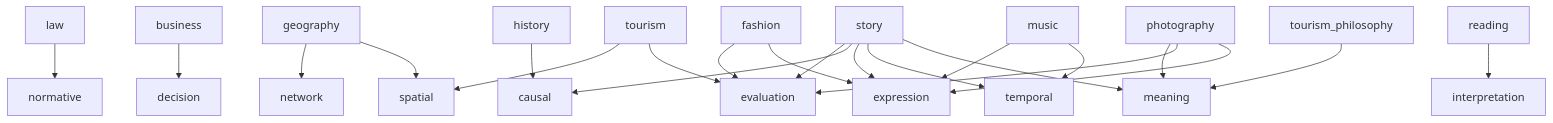
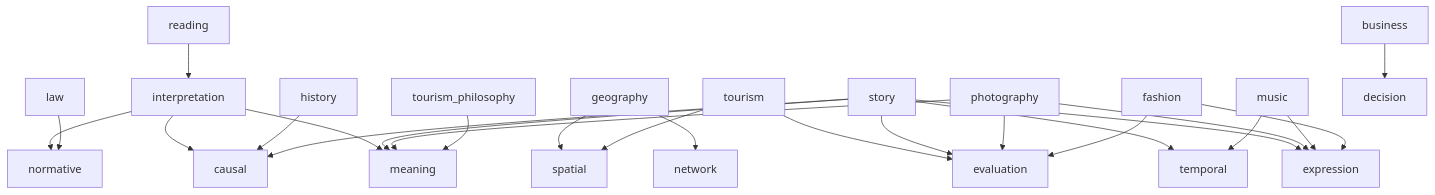
The second of 2 diagrams in 02_zettelkasten/21_domain/00 Domain Routing.md (aokicreativeoffice/AokiCreativeOfficeGTD), drawn with Mermaid before and after one commit. The commit also changed other lines of this file, not shown here.

````diff
--- a/02_zettelkasten/21_domain/00 Domain Routing.md
+++ b/02_zettelkasten/21_domain/00 Domain Routing.md
@@ -20,49 +20,74 @@
 ```mermaid
-flowchart TD
-
-L[law]
-NM[normative]
-H[history]
-CS[causal]
-B[business]
-DS[decision]
-G[geography]
-SP[spatial]
-NW[network]
-T[tourism]
-EL[evaluation]
-P[photography]
-SP[spatial]
-S[story]
-MN[meaning]
-TPL[temporal]
-EX[expression]
-R[reading]
-IP[interpretation]
-M[music]
-F[fashion]
-TP[tourism_philosophy]
-
-L --> NM
-H --> CS
-B --> DS
-G --> SP
-G --> NW
-T --> EL
-T --> SP
-S --> MN
-S --> TPL
-S --> EX
-S --> CS
-S --> EL
-R --> IP
-P --> EX
-P --> EL
-P --> MN
-M --> TPL
-M --> EX
-F --> EX
-F --> EL
+flowchart TD  
+  
+%% =========================  
+%% Domain  
+%% =========================  
+  
+L[law]  
+H[history]  
+B[business]  
+G[geography]  
+T[tourism]  
+S[story]  
+R[reading]  
+P[photography]  
+M[music]  
+F[fashion]  
+TP[tourism_philosophy]  
+  
+%% =========================  
+%% Engines  
+%% =========================  
+  
+IP[interpretation]  
+  
+NM[normative]  
+CS[causal]  
+DS[decision]  
+EL[evaluation]  
+MN[meaning]  
+  
+SP[spatial]  
+NW[network]  
+TPL[temporal]  
+EX[expression]  
+  
+%% =========================  
+%% Routing  
+%% =========================  
+  
+R --> IP  
+  
+IP --> NM  
+IP --> CS  
+IP --> MN  
+  
+L --> NM  
+H --> CS  
+B --> DS  
+  
+G --> SP  
+G --> NW  
+  
+T --> EL  
+T --> SP  
+  
+S --> MN  
+S --> TPL  
+S --> EX  
+S --> CS  
+S --> EL  
+  
+P --> EX  
+P --> EL  
+P --> MN  
+  
+M --> TPL  
+M --> EX  
+  
+F --> EX  
+F --> EL  
+  
 TP --> MN
-
 ```
````
